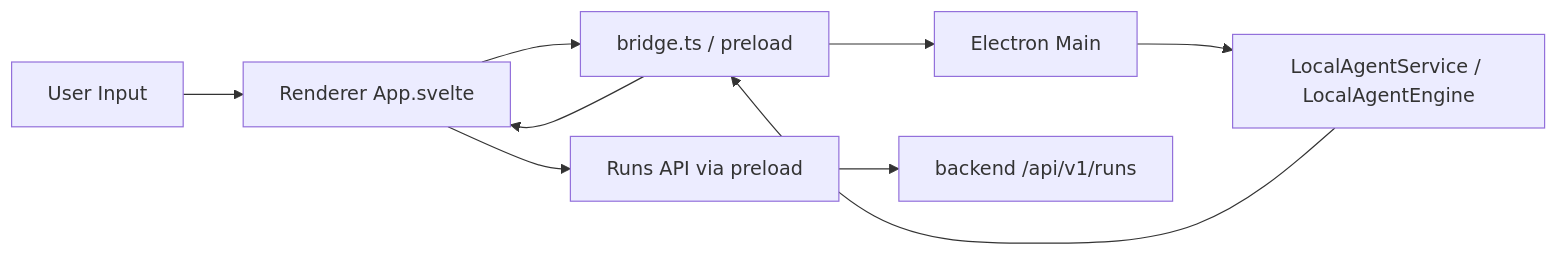
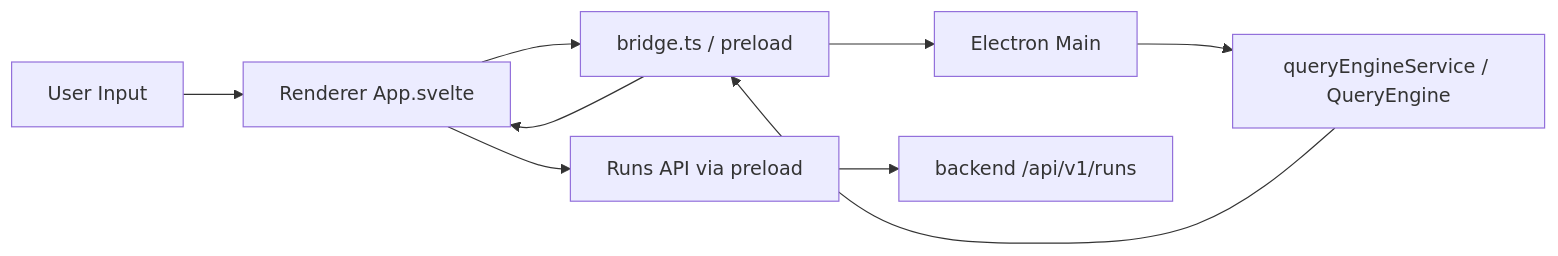
The diagram in docs/02-design/프론트엔드_상세_설계.md (needitem/pixllm), drawn with Mermaid before and after one commit. The commit also changed other lines of this file and 15 other files, not shown here.

````diff
--- a/docs/02-design/프론트엔드_상세_설계.md
+++ b/docs/02-design/프론트엔드_상세_설계.md
@@ -39,11 +37,11 @@
 ```mermaid
 flowchart LR
     A["User Input"] --> B["Renderer App.svelte"]
     B --> C["bridge.ts / preload"]
     C --> D["Electron Main"]
-    D --> E["LocalAgentService / LocalAgentEngine"]
+    D --> E["queryEngineService / QueryEngine"]
     E --> C
     C --> B
     B --> F["Runs API via preload"]
     F --> G["backend /api/v1/runs"]
 ```
````
